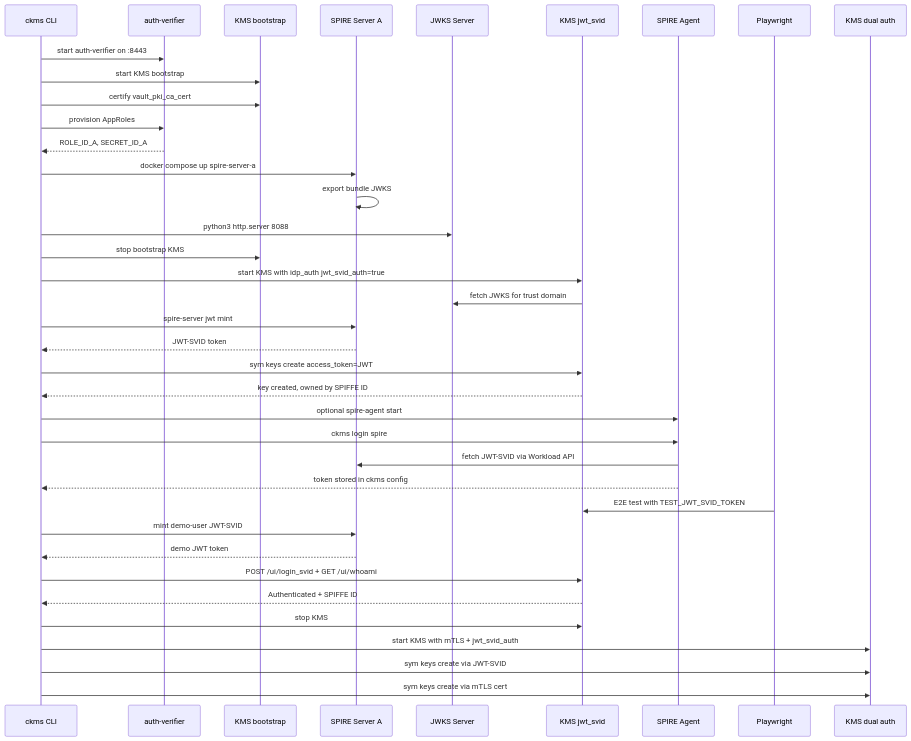
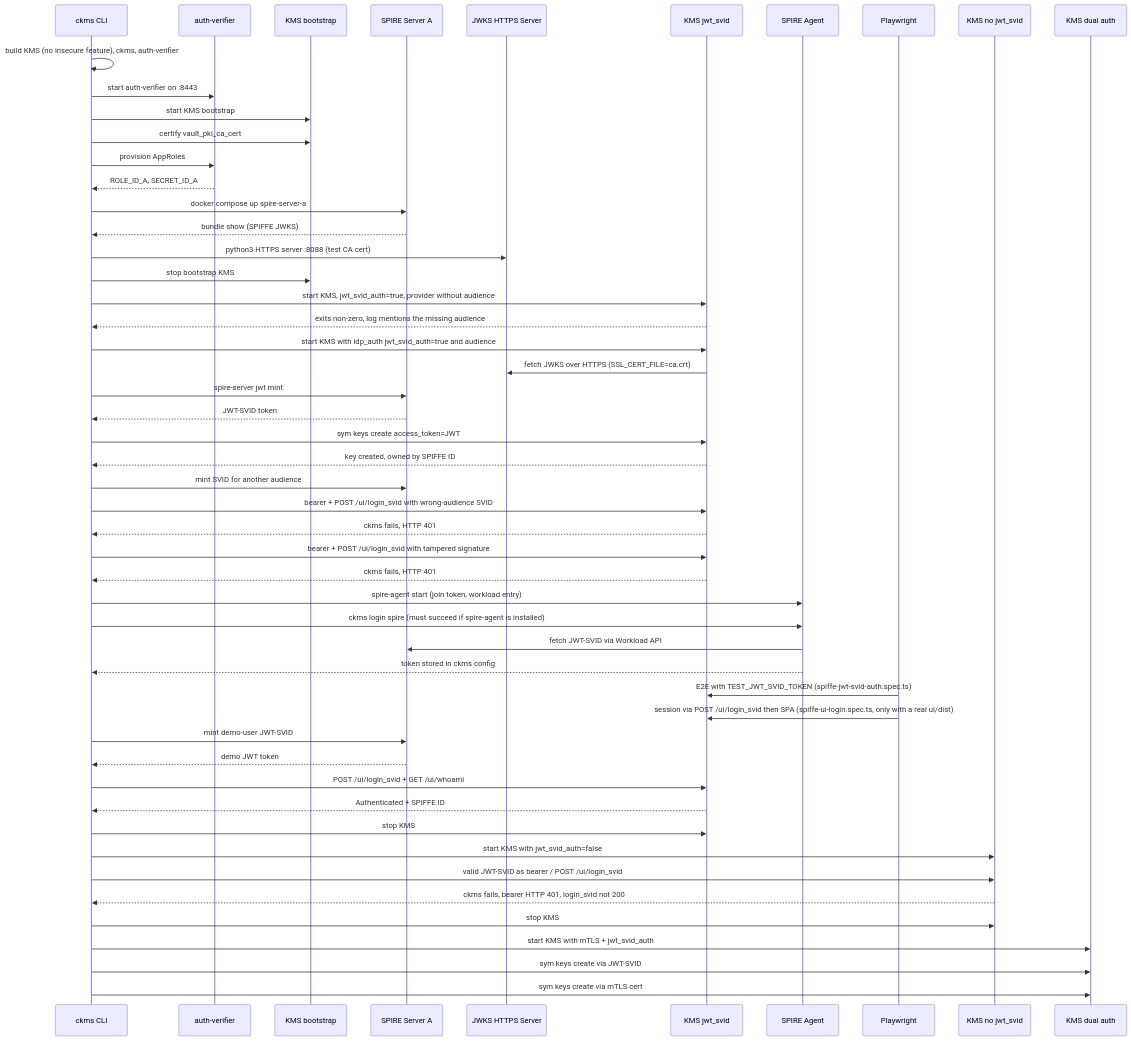
One commit to Cosmian/kms changed diagram 14 of 60 in .mise/tasks/test/README.md. Above: the diagram before and after it, drawn with Mermaid. The commit also changed other lines of this file and 31 other files, not shown here.

First line of the commit message:
fix(auth): harden SPIFFE JWT-SVID authentication after review

````diff
--- a/.mise/tasks/test/README.md
+++ b/.mise/tasks/test/README.md
@@ -442,41 +450,55 @@
 ```mermaid
 sequenceDiagram
     participant CKMS as ckms CLI
     participant Auth as auth-verifier
     participant K0 as KMS bootstrap
     participant SP as SPIRE Server A
-    participant JWKS as JWKS Server
+    participant JWKS as JWKS HTTPS Server
     participant K1 as KMS jwt_svid
     participant Agent as SPIRE Agent
     participant PW as Playwright
+    participant K3 as KMS no jwt_svid
     participant K2 as KMS dual auth
 
+    CKMS->>CKMS: build KMS (no insecure feature), ckms, auth-verifier
     CKMS->>Auth: start auth-verifier on :8443
     CKMS->>K0: start KMS bootstrap
     CKMS->>K0: certify vault_pki_ca_cert
     CKMS->>Auth: provision AppRoles
     Auth-->>CKMS: ROLE_ID_A, SECRET_ID_A
     CKMS->>SP: docker compose up spire-server-a
-    SP->>SP: export bundle JWKS
-    CKMS->>JWKS: python3 http.server 8088
+    SP-->>CKMS: bundle show (SPIFFE JWKS)
+    CKMS->>JWKS: python3 HTTPS server :8088 (test CA cert)
     CKMS->>K0: stop bootstrap KMS
-    CKMS->>K1: start KMS with idp_auth jwt_svid_auth=true
-    K1->>JWKS: fetch JWKS for trust domain
+    CKMS->>K1: start KMS, jwt_svid_auth=true, provider without audience
+    K1-->>CKMS: exits non-zero, log mentions the missing audience
+    CKMS->>K1: start KMS with idp_auth jwt_svid_auth=true and audience
+    K1->>JWKS: fetch JWKS over HTTPS (SSL_CERT_FILE=ca.crt)
     CKMS->>SP: spire-server jwt mint
     SP-->>CKMS: JWT-SVID token
     CKMS->>K1: sym keys create access_token=JWT
     K1-->>CKMS: key created, owned by SPIFFE ID
-    CKMS->>Agent: optional spire-agent start
-    CKMS->>Agent: ckms login spire
+    CKMS->>SP: mint SVID for another audience
+    CKMS->>K1: bearer + POST /ui/login_svid with wrong-audience SVID
+    K1-->>CKMS: ckms fails, HTTP 401
+    CKMS->>K1: bearer + POST /ui/login_svid with tampered signature
+    K1-->>CKMS: ckms fails, HTTP 401
+    CKMS->>Agent: spire-agent start (join token, workload entry)
+    CKMS->>Agent: ckms login spire (must succeed if spire-agent is installed)
     Agent->>SP: fetch JWT-SVID via Workload API
     Agent-->>CKMS: token stored in ckms config
-    PW->>K1: E2E test with TEST_JWT_SVID_TOKEN
+    PW->>K1: E2E with TEST_JWT_SVID_TOKEN (spiffe-jwt-svid-auth.spec.ts)
+    PW->>K1: session via POST /ui/login_svid then SPA (spiffe-ui-login.spec.ts, only with a real ui/dist)
     CKMS->>SP: mint demo-user JWT-SVID
     SP-->>CKMS: demo JWT token
     CKMS->>K1: POST /ui/login_svid + GET /ui/whoami
     K1-->>CKMS: Authenticated + SPIFFE ID
     CKMS->>K1: stop KMS
+    CKMS->>K3: start KMS with jwt_svid_auth=false
+    CKMS->>K3: valid JWT-SVID as bearer / POST /ui/login_svid
+    K3-->>CKMS: ckms fails, bearer HTTP 401, login_svid not 200
+    CKMS->>K3: stop KMS
     CKMS->>K2: start KMS with mTLS + jwt_svid_auth
     CKMS->>K2: sym keys create via JWT-SVID
     CKMS->>K2: sym keys create via mTLS cert
 ```
````
